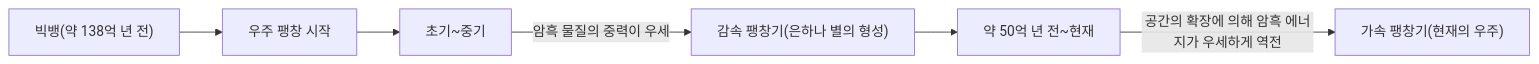
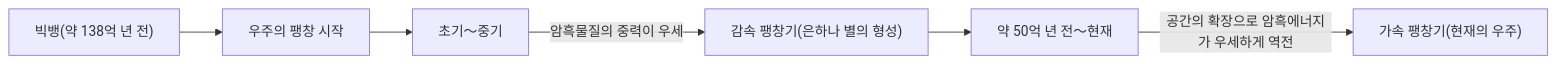
The second of 2 diagrams in content/post/dark-matter-dark-energy-mysteries/index.ko.md (kenjinote/blog), drawn with Mermaid before and after one commit. The commit also changed other lines of this file and 12 other files, not shown here.

````diff
--- a/content/post/dark-matter-dark-energy-mysteries/index.ko.md
+++ b/content/post/dark-matter-dark-energy-mysteries/index.ko.md
@@ -83,8 +89,8 @@
 ```mermaid
 graph LR
-    A["빅뱅(약 138억 년 전)"] --> B["우주 팽창 시작"]
-    B --> C["초기~중기"]
-    C -->|"암흑 물질의 중력이 우세"| D["감속 팽창기(은하나 별의 형성)"]
-    D --> E["약 50억 년 전~현재"]
-    E -->|"공간의 확장에 의해 암흑 에너지가 우세하게 역전"| F["가속 팽창기(현재의 우주)"]
+    A["빅뱅(약 138억 년 전)"] --> B["우주의 팽창 시작"]
+    B --> C["초기〜중기"]
+    C -- "암흑물질의 중력이 우세" --> D["감속 팽창기(은하나 별의 형성)"]
+    D --> E["약 50억 년 전〜현재"]
+    E -- "공간의 확장으로 암흑에너지가 우세하게 역전" --> F["가속 팽창기(현재의 우주)"]
 ```
````
